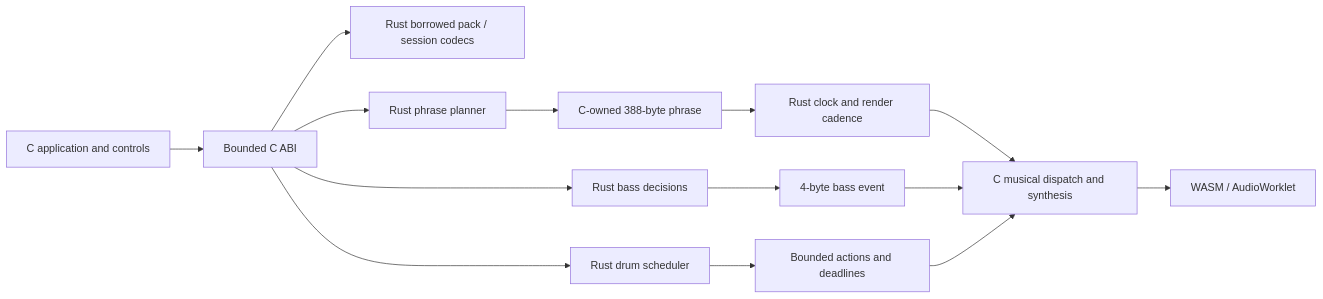
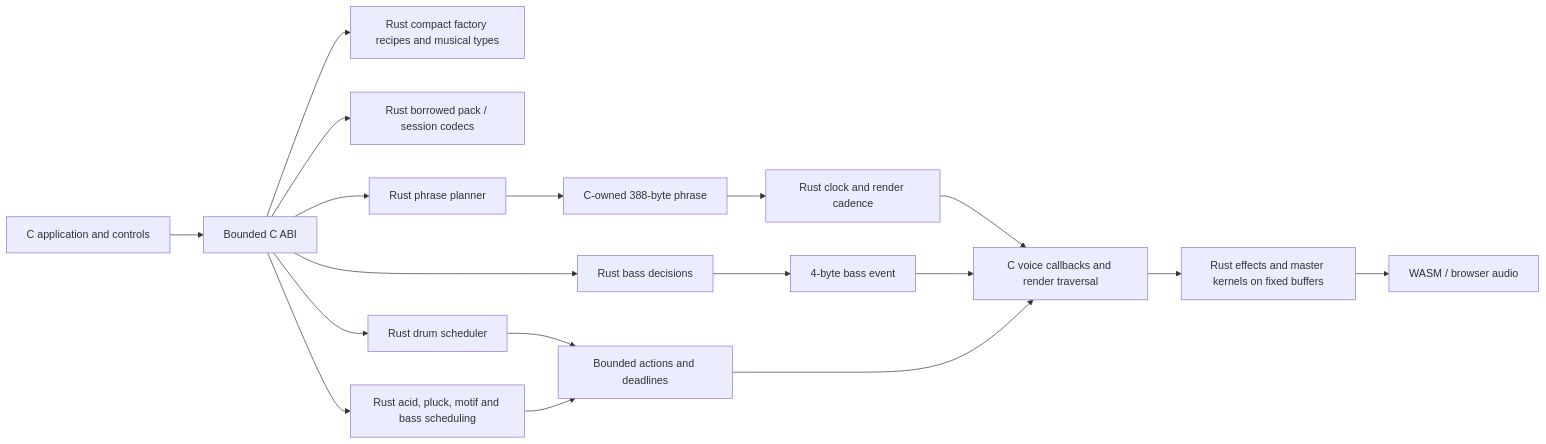
The second of 2 diagrams in docs/RUST_MIGRATION.md (superposition/91), drawn with Mermaid before and after one commit. The commit also changed other lines of this file, not shown here.

Commit message:
Document the combined factory scheduling and effects architecture

````diff
--- a/docs/RUST_MIGRATION.md
+++ b/docs/RUST_MIGRATION.md
@@ -99,16 +99,20 @@
 ```mermaid
 flowchart LR
   UI[C application and controls] --> ABI[Bounded C ABI]
+  ABI --> Factory[Rust compact factory recipes and musical types]
   ABI --> Pack[Rust borrowed pack / session codecs]
   ABI --> Plan[Rust phrase planner]
   ABI --> Bass[Rust bass decisions]
   ABI --> Seq[Rust drum scheduler]
+  ABI --> Melody[Rust acid, pluck, motif and bass scheduling]
   Plan --> Phrase[C-owned 388-byte phrase]
   Bass --> Event[4-byte bass event]
   Phrase --> Timing[Rust clock and render cadence]
-  Timing --> DSP[C musical dispatch and synthesis]
+  Timing --> DSP[C voice callbacks and render traversal]
   Event --> DSP
   Seq --> Hits[Bounded actions and deadlines]
   Hits --> DSP
-  DSP --> WASM[WASM / AudioWorklet]
+  Melody --> Hits
+  DSP --> FX[Rust effects and master kernels on fixed buffers]
+  FX --> WASM[WASM / browser audio]
 ```
````
